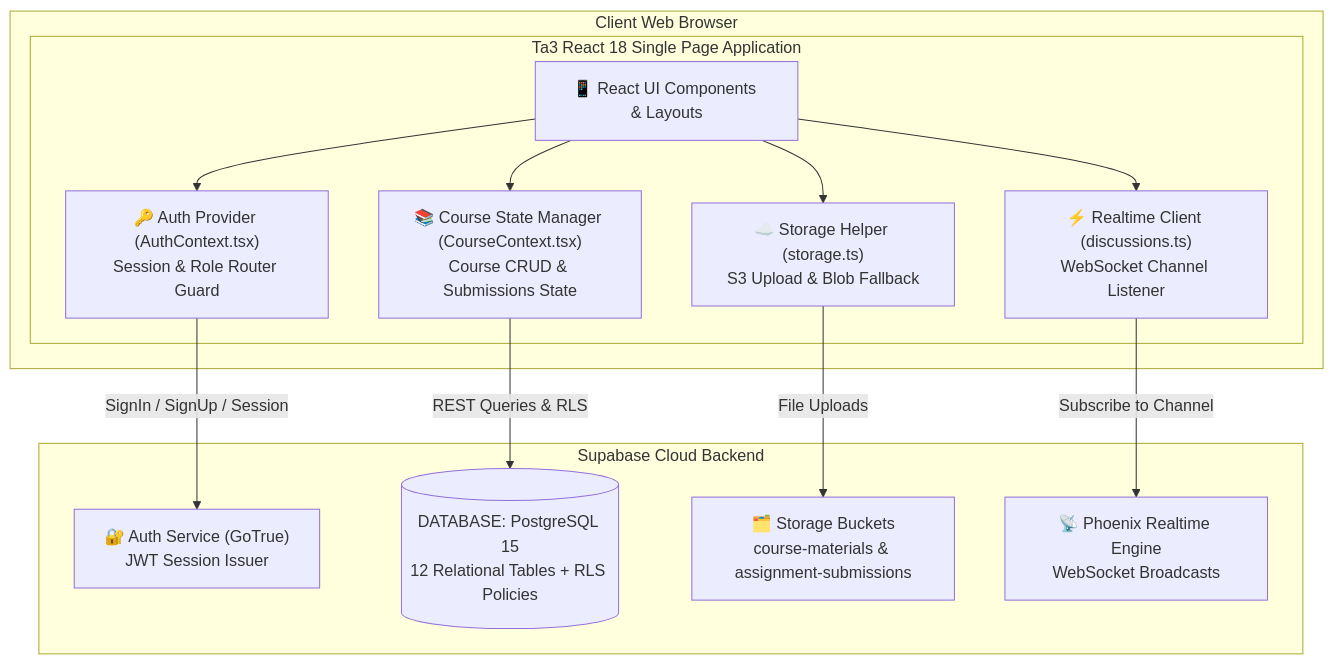
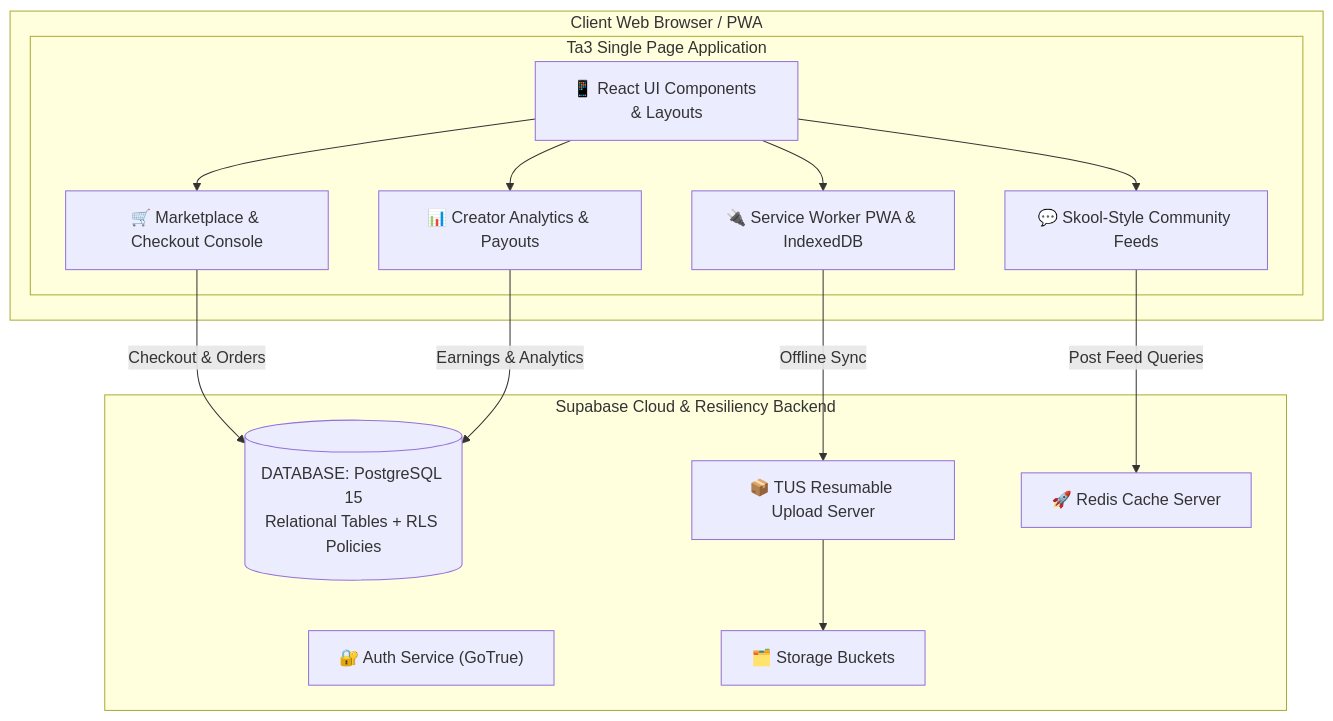
Before and after one commit to ta3allam/ta3: the second of 3 diagrams in arch.md, drawn with Mermaid. The commit also changed other lines of this file and 2 other files, not shown here.

Commit message:
docs(pivot): update 3_WEEK_ROADMAP.md, arch.md, and README.md for Ta3 v4.0 Arabic Learning Marketplace & Creator Community Platform

````diff
--- a/arch.md
+++ b/arch.md
@@ -51,29 +50,31 @@
 ```mermaid
 graph TD
-    subgraph Browser [" Client Web Browser "]
-        subgraph FrontendSPA [" Ta3 React 18 Single Page Application "]
+    subgraph Browser [" Client Web Browser / PWA "]
+        subgraph FrontendSPA [" Ta3 Single Page Application "]
             UI["📱 React UI Components & Layouts"]
-            AuthCtx["🔑 Auth Provider (AuthContext.tsx)<br/>Session & Role Router Guard"]
-            CourseCtx["📚 Course State Manager (CourseContext.tsx)<br/>Course CRUD & Submissions State"]
-            StorageUtil["☁️ Storage Helper (storage.ts)<br/>S3 Upload & Blob Fallback"]
-            RealtimeClient["⚡ Realtime Client (discussions.ts)<br/>WebSocket Channel Listener"]
+            MarketplaceUI["🛒 Marketplace & Checkout Console"]
+            CommunityUI["💬 Skool-Style Community Feeds"]
+            CreatorUI["📊 Creator Analytics & Payouts"]
+            PWAEngine["🔌 Service Worker PWA & IndexedDB"]
         end
     end
 
-    subgraph Backend [" Supabase Cloud Backend "]
-        AuthSvc["🔐 Auth Service (GoTrue)<br/>JWT Session Issuer"]
-        PostgresDB[("DATABASE: PostgreSQL 15<br/>12 Relational Tables + RLS Policies")]
-        StorageBuckets["🗂️ Storage Buckets<br/>course-materials & assignment-submissions"]
-        RealtimeEngine["📡 Phoenix Realtime Engine<br/>WebSocket Broadcasts"]
+    subgraph Backend [" Supabase Cloud & Resiliency Backend "]
+        AuthSvc["🔐 Auth Service (GoTrue)"]
+        PostgresDB[("DATABASE: PostgreSQL 15<br/>Relational Tables + RLS Policies")]
+        StorageBuckets["🗂️ Storage Buckets"]
+        TUSUpload["📦 TUS Resumable Upload Server"]
+        RedisServer["🚀 Redis Cache Server"]
     end
 
-    UI --> AuthCtx
-    UI --> CourseCtx
-    UI --> StorageUtil
-    UI --> RealtimeClient
+    UI --> MarketplaceUI
+    UI --> CommunityUI
+    UI --> CreatorUI
+    UI --> PWAEngine
 
-    AuthCtx -->|SignIn / SignUp / Session| AuthSvc
-    CourseCtx -->|REST Queries & RLS| PostgresDB
-    StorageUtil -->|File Uploads| StorageBuckets
-    RealtimeClient -->|Subscribe to Channel| RealtimeEngine
+    MarketplaceUI -->|Checkout & Orders| PostgresDB
+    CommunityUI -->|Post Feed Queries| RedisServer
+    CreatorUI -->|Earnings & Analytics| PostgresDB
+    PWAEngine -->|Offline Sync| TUSUpload
+    TUSUpload --> StorageBuckets
 ```
````
